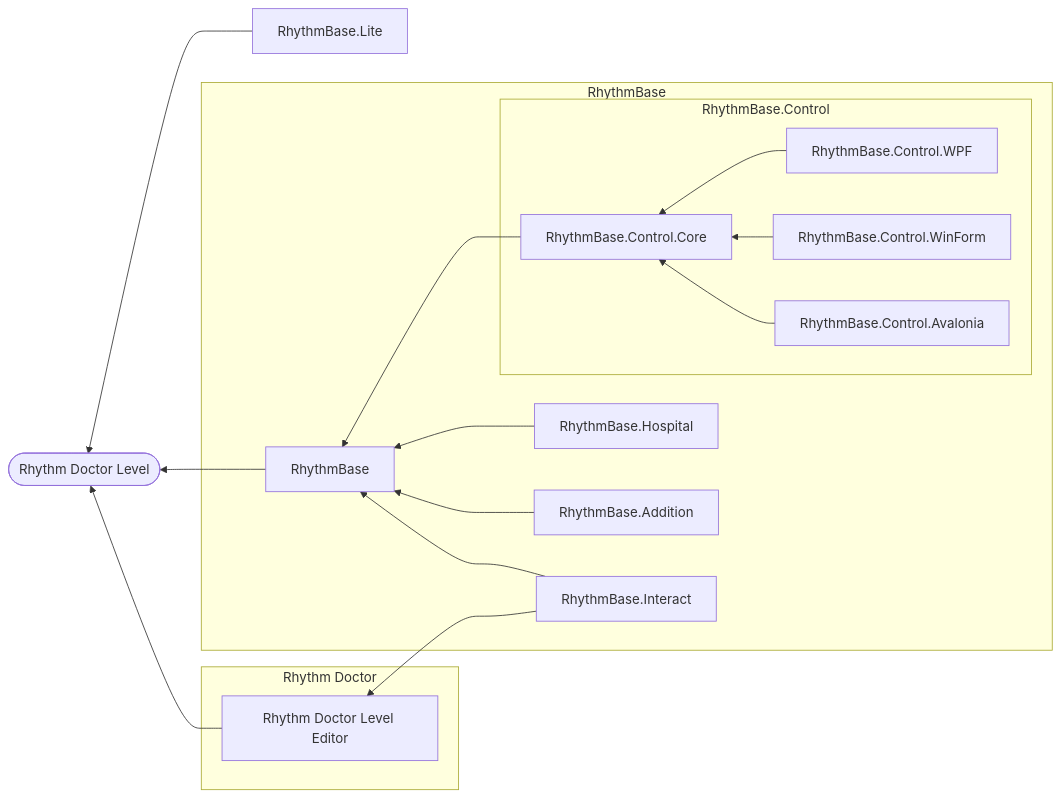
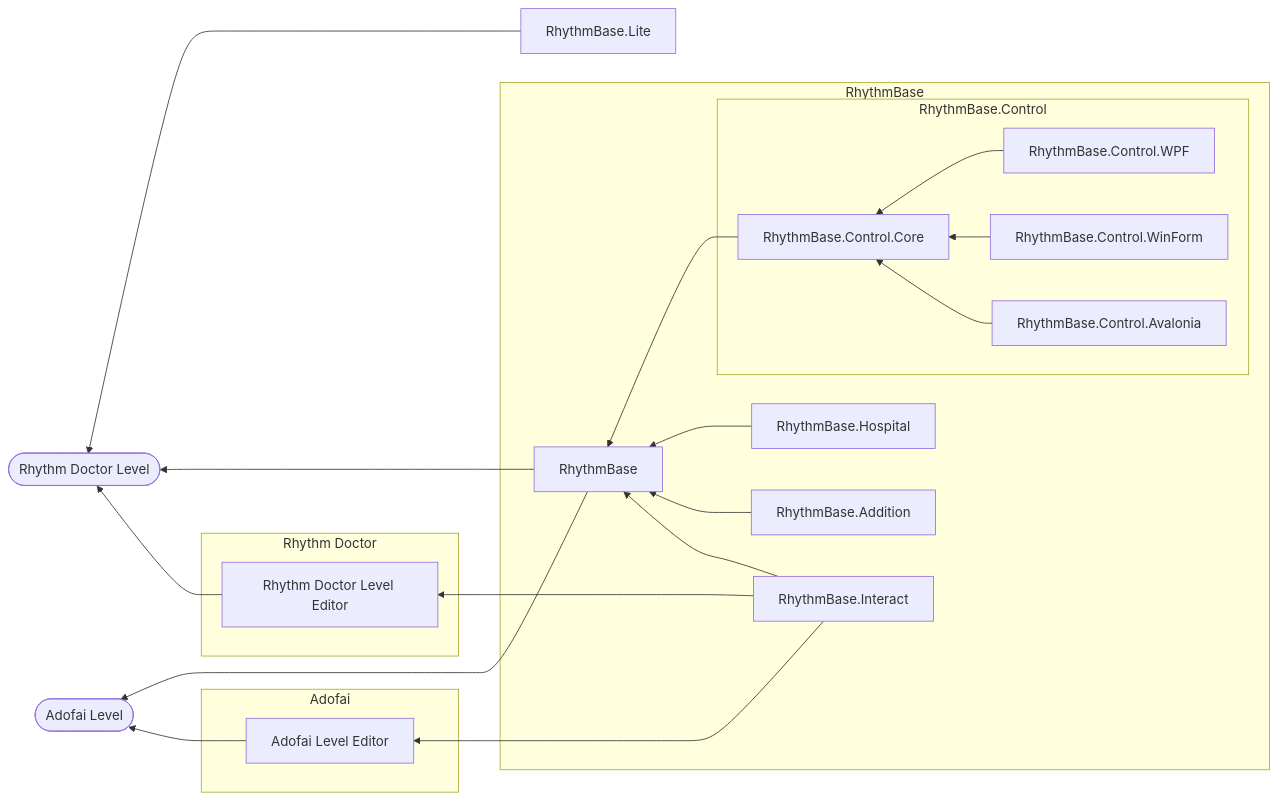
Before and after one commit to RDCN-Community-Developers/RhythmToolkit: the diagram in README.md, drawn with Mermaid.

Commit message:
修改 README 路线图

````diff
--- a/README.md
+++ b/README.md
@@ -29,25 +29,30 @@
 ```mermaid
 flowchart RL
 RBLite[RhythmBase.Lite]
 subgraph RD[Rhythm Doctor]
-RDLE[Rhythm Doctor Level Editor]
+  RDLE[Rhythm Doctor Level Editor]
+end
+subgraph AD[Adofai]
+  ADLE[Adofai Level Editor]
 end
 RDL([Rhythm Doctor Level])
+ADL([Adofai Level])
 subgraph RBTitle[RhythmBase]
   RB[RhythmBase]
   RBAdd[RhythmBase.Addition]
   RBInt[RhythmBase.Interact]
   RBHos[RhythmBase.Hospital]
   subgraph RBC[RhythmBase.Control]
     RBCCore[RhythmBase.Control.Core]
     RBCWPF[RhythmBase.Control.WPF]
     RBCWF[RhythmBase.Control.WinForm]
     RBCAva[RhythmBase.Control.Avalonia]
   end
 end
 
-RBLite --> RDL
+RBLite ---> RDL
 RBCWPF & RBCWF & RBCAva --> RBCCore
-RBCCore & RBHos & RBAdd & RBInt --> RB --> RDL
-RBInt --> RDLE --> RDL
+RBCCore & RBHos & RBAdd & RBInt --> RB ---> RDL & ADL
+RBInt ---> RDLE --> RDL
+RBInt ---> ADLE --> ADL
 ```
````
